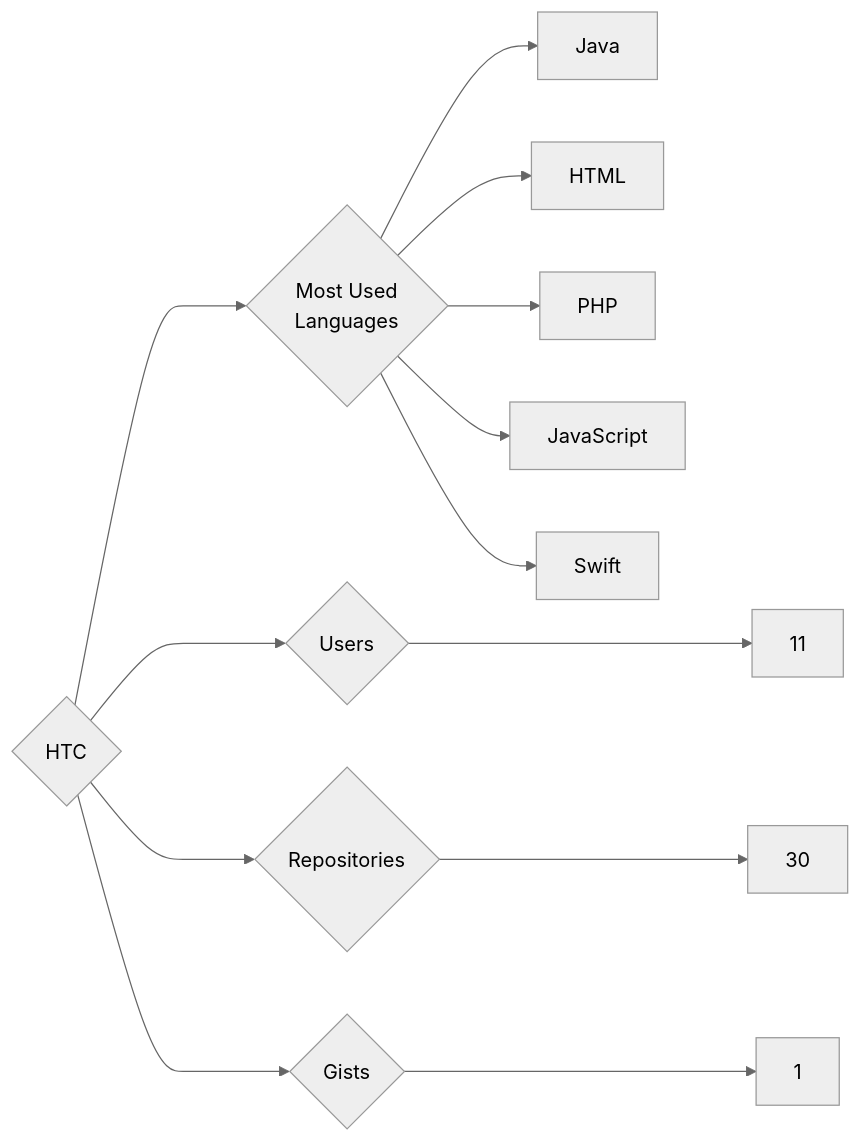
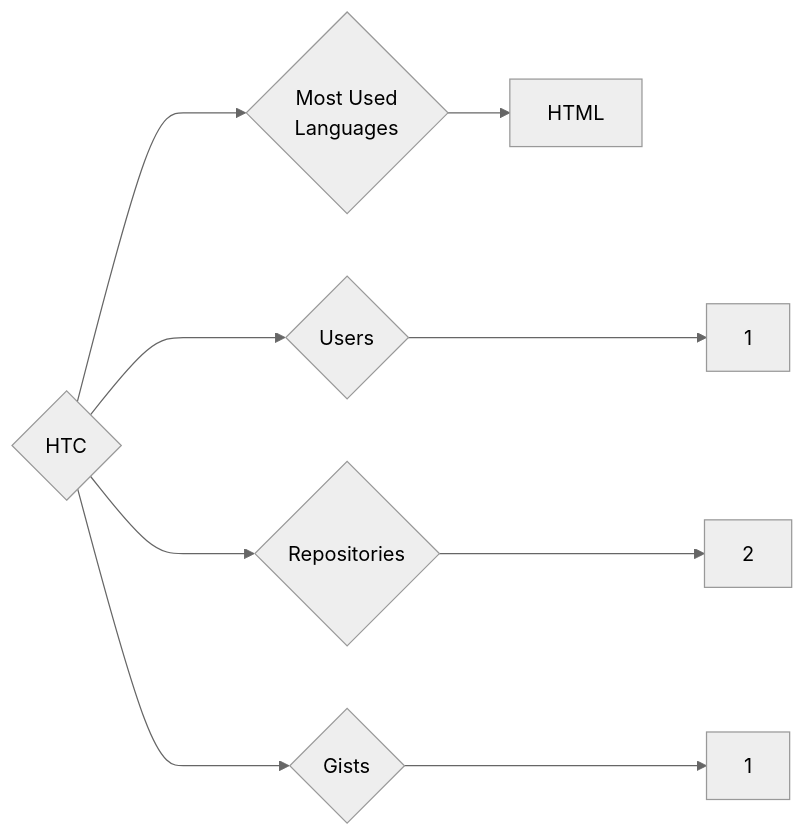
The diagram in targets/HTC/README.md (trickest/insiders), drawn with Mermaid (neutral theme) before and after one commit. The commit also changed 860 other files, not shown here.

````diff
--- a/targets/HTC/README.md
+++ b/targets/HTC/README.md
@@ -3,13 +3,9 @@
 ```mermaid
 graph LR
 COMPANY_NAME{HTC}
-COMPANY_NAME ---> U{Users} ---> UN[11]
-COMPANY_NAME ---> R{Repositories} ---> RN[30]
+COMPANY_NAME ---> U{Users} ---> UN[1]
+COMPANY_NAME ---> R{Repositories} ---> RN[2]
 COMPANY_NAME ---> G{Gists} ---> GN[1]
 COMPANY_NAME ---> ML{Most Used<br>Languages}
-ML --> Java[Java]
 ML --> HTML[HTML]
-ML --> PHP[PHP]
-ML --> JavaScript[JavaScript]
-ML --> Swift[Swift]
 ```
````
